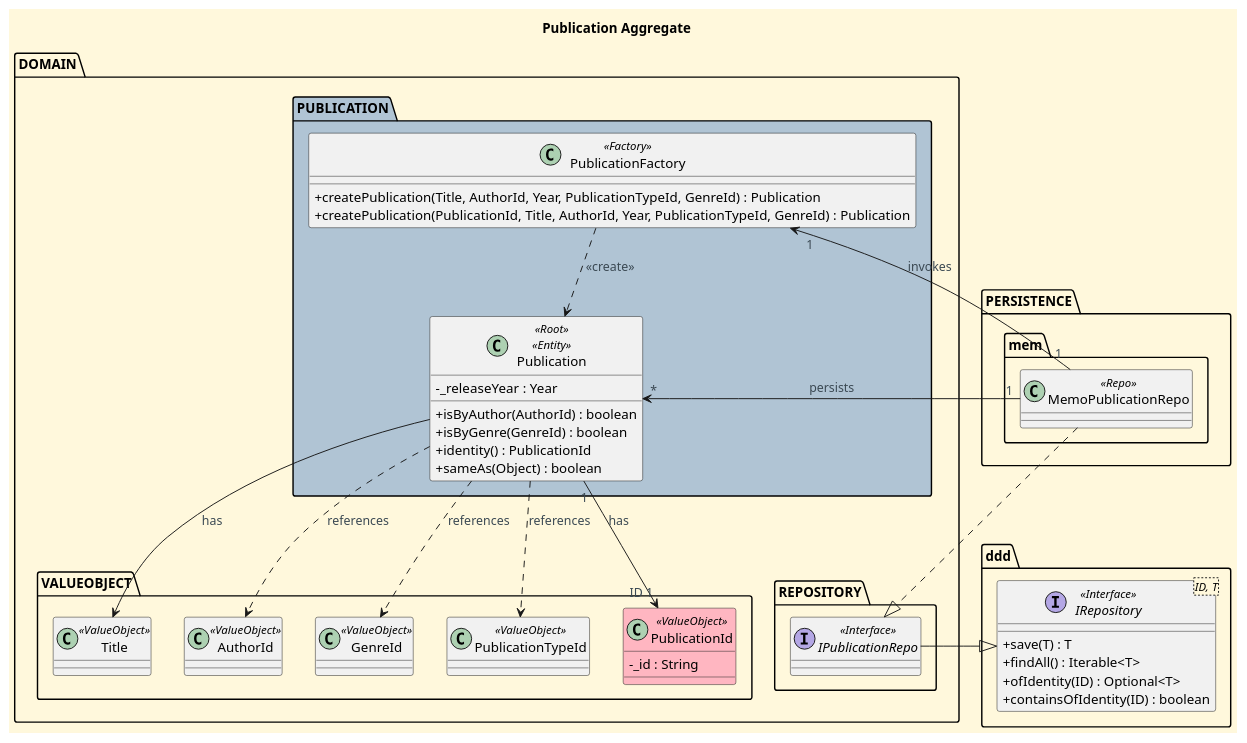
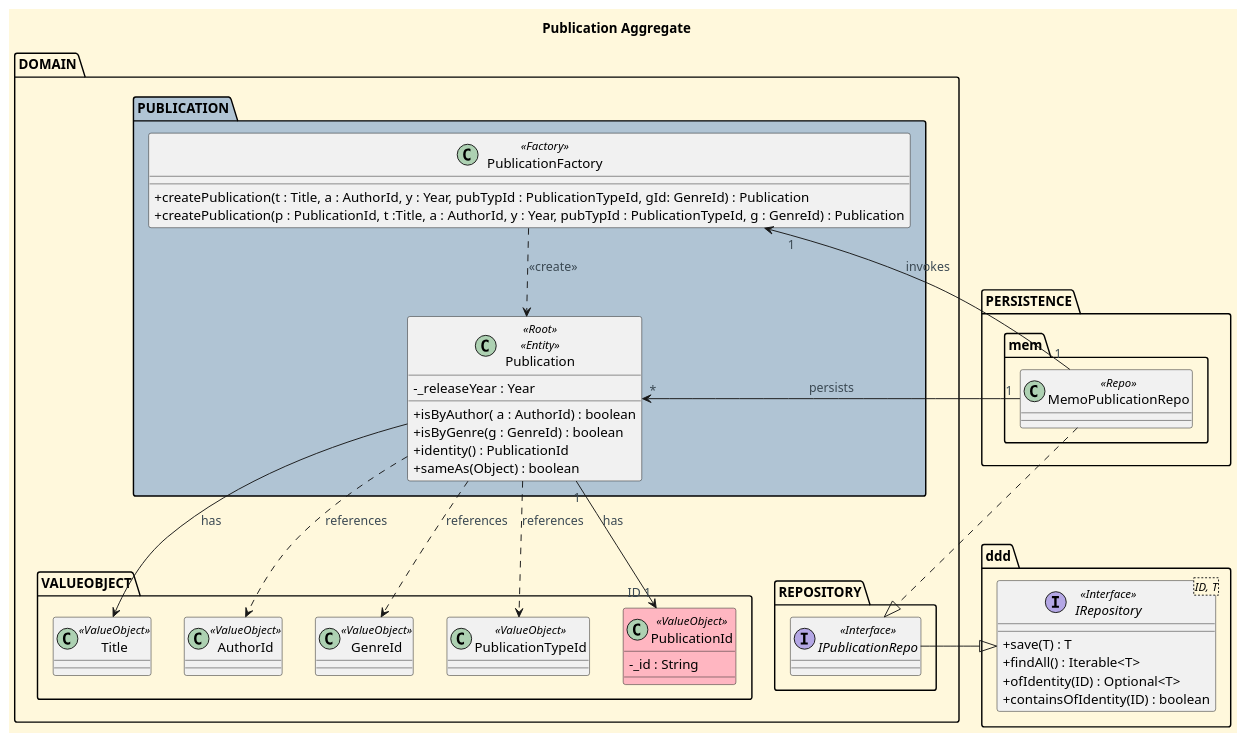
Before and after one commit to CarolinaLeite-collab/JavaMarketplacePlatform: the diagram in docs/aggregatesDiagrams/Publication_Aggregate.puml, drawn with PlantUML.

Commit message:
docs: minor changes to Publication aggregate diagram Ref #455

```diff
--- a/docs/aggregatesDiagrams/Publication_Aggregate.puml
+++ b/docs/aggregatesDiagrams/Publication_Aggregate.puml
@@ -1,99 +1,99 @@
 @startuml
 
 '==== Title ====
 title Publication Aggregate
 
 
 '==== basic style ====
 skinparam monochrome false
 skinparam shadowing false
 skinparam defaultFontName Futura
 skinparam objectFontSize 20
 skinparam backgroundColor CornSilk
 skinparam objectBackgroundColor WhiteSmoke
 skinparam noteBackgroundColor #FFFFE0
 skinparam ArrowFontColor #3B4953
 skinparam ActivationBackgroundColor black
 skinparam classAttributeIconSize 0
 
 top to bottom direction
 ' ===== Domain =====
 Package "DOMAIN" {
 
     Package "PUBLICATION" #b0c4d4 {
 
         class Publication <<Root>> <<Entity>> {
             -_releaseYear : Year
-            +isByAuthor(AuthorId) : boolean
-            +isByGenre(GenreId) : boolean
+            +isByAuthor( a : AuthorId) : boolean
+            +isByGenre(g : GenreId) : boolean
             +identity() : PublicationId
             +sameAs(Object) : boolean
         }
 
         class PublicationFactory <<Factory>> {
-            +createPublication(Title, AuthorId, Year, PublicationTypeId, GenreId) : Publication
-            +createPublication(PublicationId, Title, AuthorId, Year, PublicationTypeId, GenreId) : Publication
+            +createPublication(t : Title, a : AuthorId, y : Year, pubTypId : PublicationTypeId, gId: GenreId) : Publication
+            +createPublication(p : PublicationId, t :Title, a : AuthorId, y : Year, pubTypId : PublicationTypeId, g : GenreId) : Publication
         }
 
     }
 
     Package "VALUEOBJECT"  {
 
         class PublicationId <<ValueObject>> #LightPink {
             -_id : String
 
         }
 
         class Title <<ValueObject>> {
         }
 
         class AuthorId <<ValueObject>> {
         }
 
         class GenreId <<ValueObject>>{
         }
 
         class PublicationTypeId <<ValueObject>>  {
         }
 
     }
 
     Package "REPOSITORY"   {
         interface IPublicationRepo <<Interface>>
     }
 
     Publication -[hidden]right- IPublicationRepo
     PublicationId -[hidden]right- IPublicationRepo
 
 }
 
 Package "ddd" {
     interface IRepository<ID, T> <<Interface>> {
         +save(T) : T
         +findAll() : Iterable<T>
         +ofIdentity(ID) : Optional<T>
         +containsOfIdentity(ID) : boolean
     }
 }
 
 ' ===== Persistence =====
 Package "PERSISTENCE" {
      package "mem"  {
      class MemoPublicationRepo <<Repo>>
     }
 }
 
 ' ===== Relations =====
 Publication "1" --> "ID 1" PublicationId : has
 Publication --> Title : has
 Publication ..> AuthorId : references
 Publication ..> GenreId : references
 Publication ..> PublicationTypeId : references
 
 IPublicationRepo -|> IRepository
 MemoPublicationRepo ..|> IPublicationRepo
 Publication "*" <-- "1" MemoPublicationRepo : persists
 PublicationFactory "1"<-- "1" MemoPublicationRepo : invokes
 PublicationFactory ..> Publication : <<create>>
 
 @enduml
```
